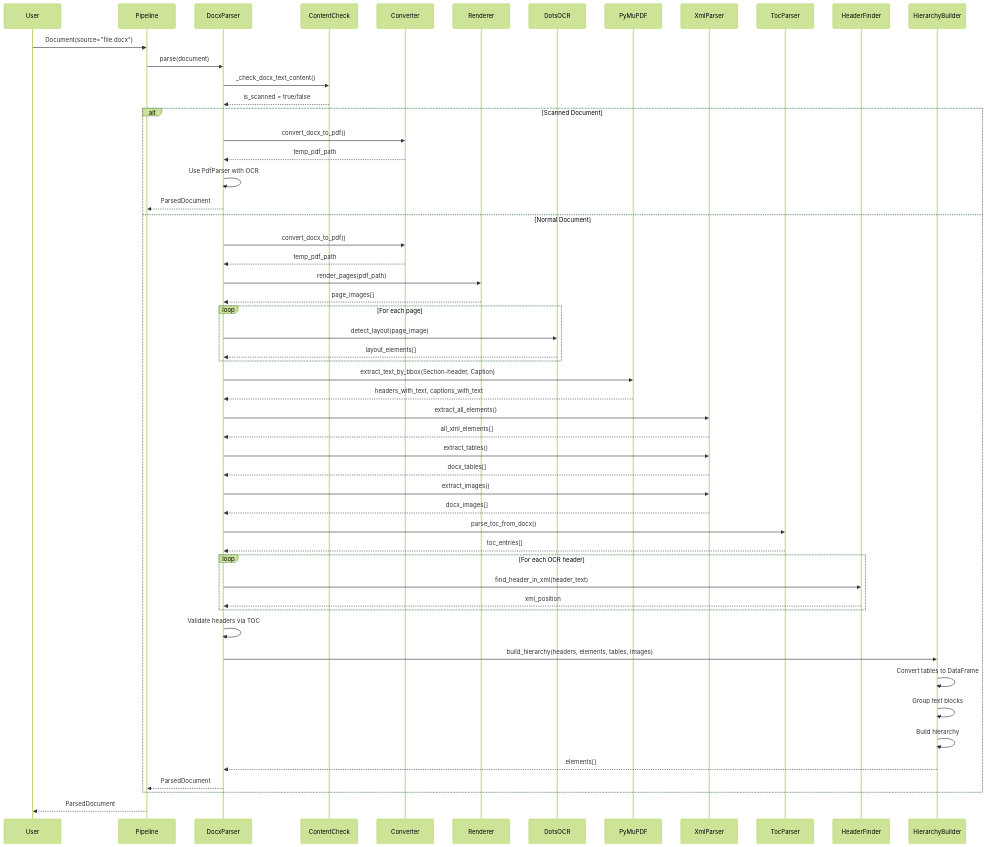
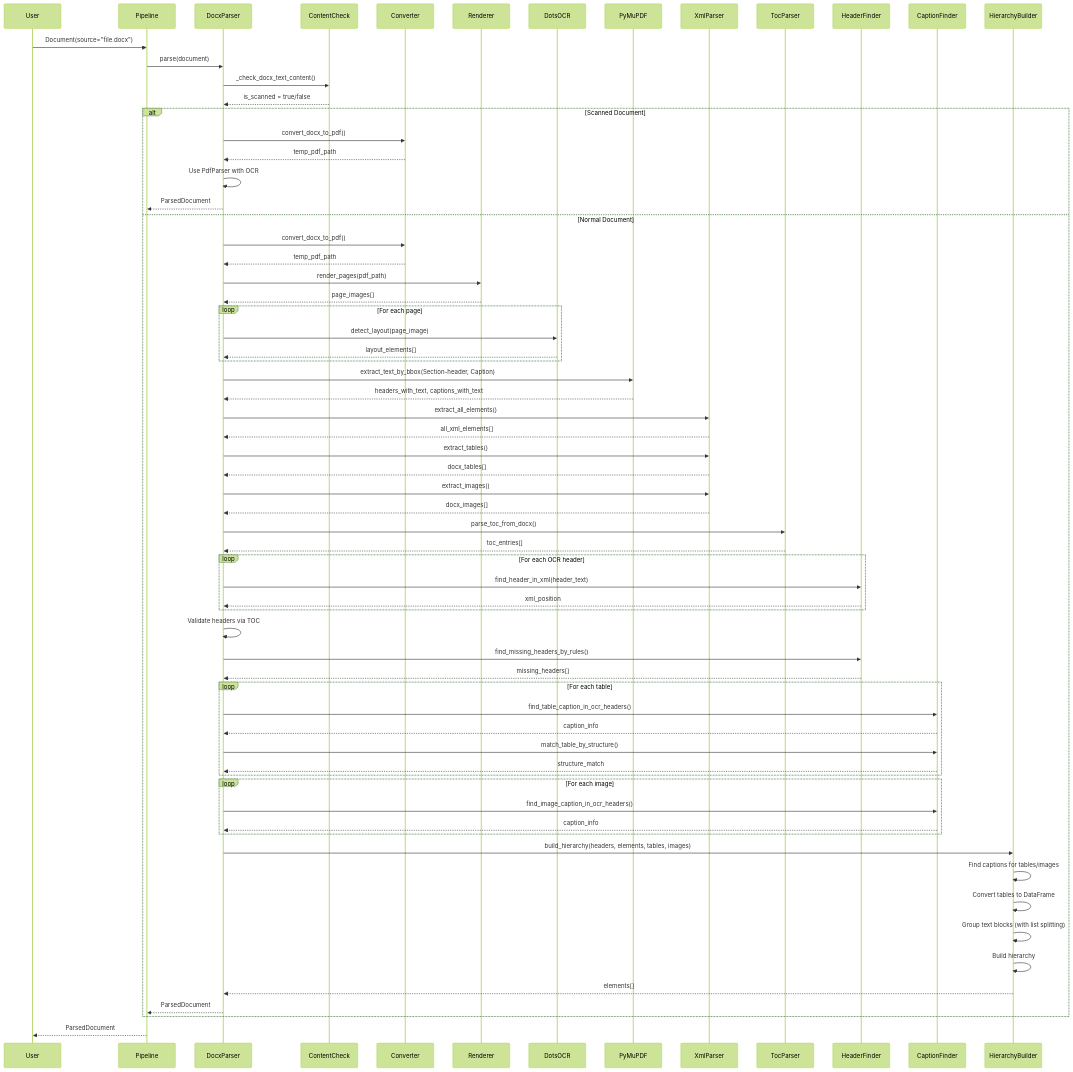
The second of 2 diagrams in docs/DOCX_PARSER.md (aimclub/documentor), drawn with Mermaid (forest theme) before and after one commit. The commit also changed other lines of this file and 47 other files, not shown here.

Commit message:
Remove all Qwen references from documentor package and improve DOCX parser

```diff
--- a/docs/DOCX_PARSER.md
+++ b/docs/DOCX_PARSER.md
@@ -322,6 +369,7 @@
     participant XmlParser
     participant TocParser
     participant HeaderFinder
+    participant CaptionFinder
     participant HierarchyBuilder
     
     User->>Pipeline: Document(source="file.docx")
@@ -368,10 +416,25 @@
         end
         
         DocxParser->>DocxParser: Validate headers via TOC
+        DocxParser->>HeaderFinder: find_missing_headers_by_rules()
+        HeaderFinder-->>DocxParser: missing_headers[]
+        
+        loop For each table
+            DocxParser->>CaptionFinder: find_table_caption_in_ocr_headers()
+            CaptionFinder-->>DocxParser: caption_info
+            DocxParser->>CaptionFinder: match_table_by_structure()
+            CaptionFinder-->>DocxParser: structure_match
+        end
+        
+        loop For each image
+            DocxParser->>CaptionFinder: find_image_caption_in_ocr_headers()
+            CaptionFinder-->>DocxParser: caption_info
+        end
         
         DocxParser->>HierarchyBuilder: build_hierarchy(headers, elements, tables, images)
+        HierarchyBuilder->>HierarchyBuilder: Find captions for tables/images
         HierarchyBuilder->>HierarchyBuilder: Convert tables to DataFrame
-        HierarchyBuilder->>HierarchyBuilder: Group text blocks
+        HierarchyBuilder->>HierarchyBuilder: Group text blocks (with list splitting)
         HierarchyBuilder->>HierarchyBuilder: Build hierarchy
         HierarchyBuilder-->>DocxParser: elements[]
         
```
